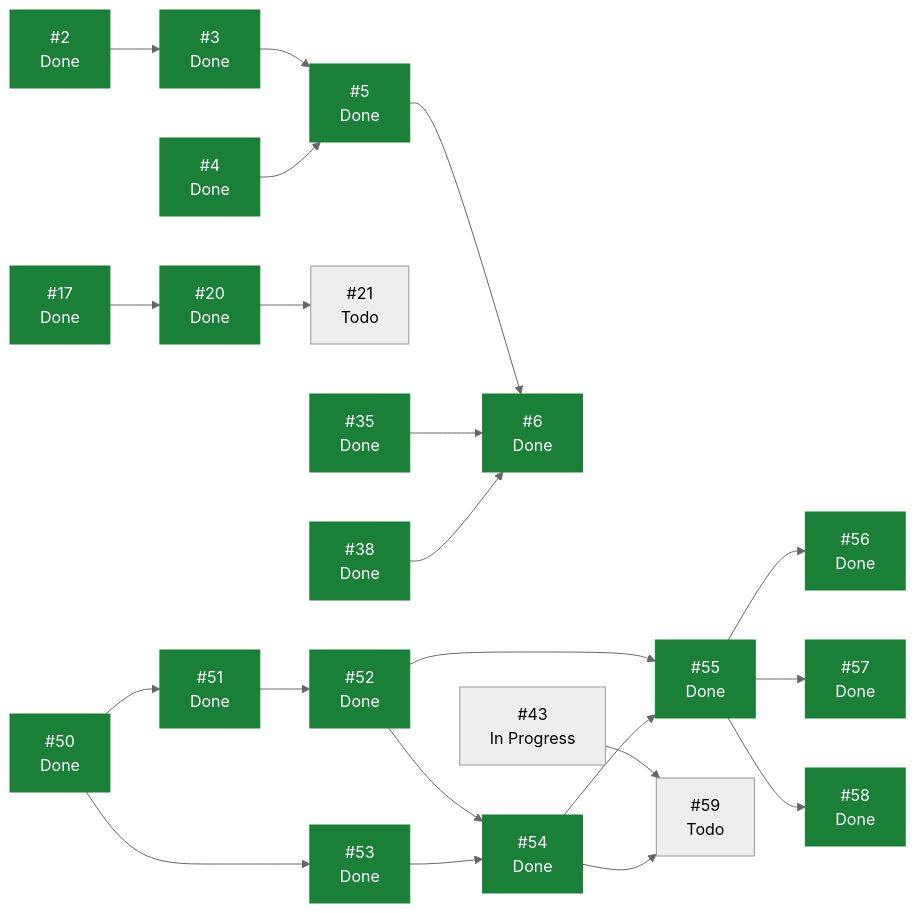
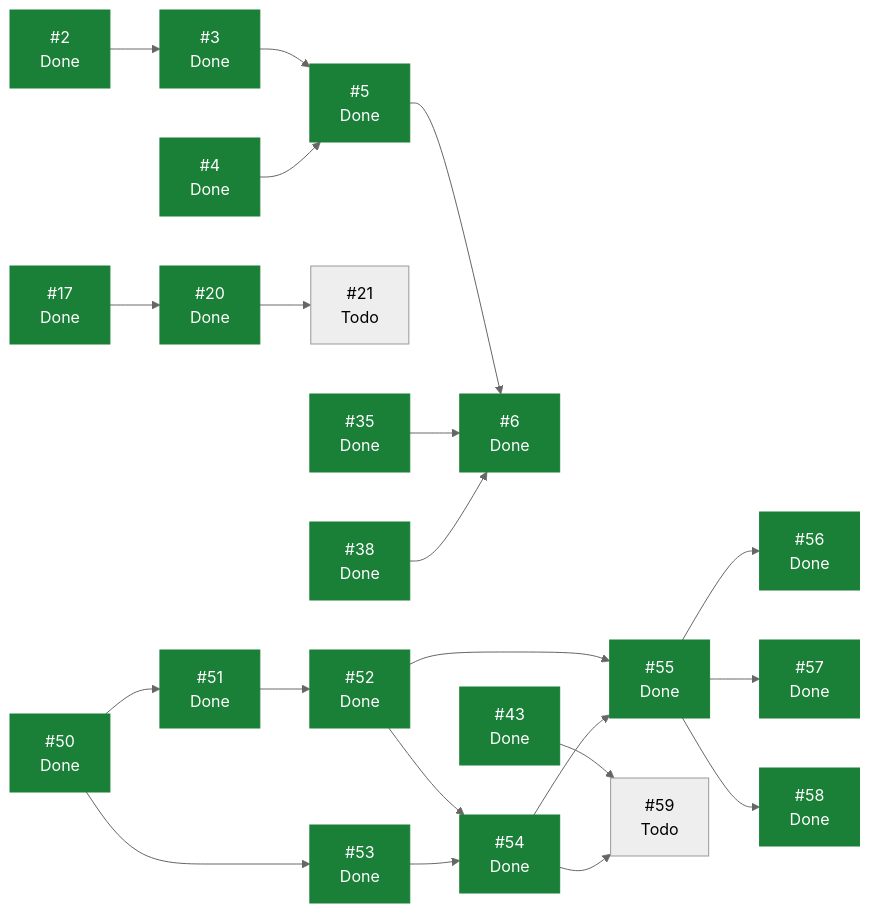
The diagram in docs/planning/STATUS.md (ecamp0s/evault), drawn with Mermaid (neutral theme) before and after one commit. The commit also changed other lines of this file, not shown here.

````diff
--- a/docs/planning/STATUS.md
+++ b/docs/planning/STATUS.md
@@ -88,46 +88,46 @@
 ```mermaid
 graph LR
   I2["#2<br/>Done"]
   I3["#3<br/>Done"]
   I4["#4<br/>Done"]
   I5["#5<br/>Done"]
   I6["#6<br/>Done"]
   I17["#17<br/>Done"]
   I20["#20<br/>Done"]
   I21["#21<br/>Todo"]
   I35["#35<br/>Done"]
   I38["#38<br/>Done"]
-  I43["#43<br/>In Progress"]
+  I43["#43<br/>Done"]
   I50["#50<br/>Done"]
   I51["#51<br/>Done"]
   I52["#52<br/>Done"]
   I53["#53<br/>Done"]
   I54["#54<br/>Done"]
   I55["#55<br/>Done"]
   I56["#56<br/>Done"]
   I57["#57<br/>Done"]
   I58["#58<br/>Done"]
   I59["#59<br/>Todo"]
   I2 --> I3
   I3 --> I5
   I4 --> I5
   I5 --> I6
   I17 --> I20
   I20 --> I21
   I35 --> I6
   I38 --> I6
   I43 --> I59
   I50 --> I51
   I50 --> I53
   I51 --> I52
   I52 --> I54
   I52 --> I55
   I53 --> I54
   I54 --> I55
   I54 --> I59
   I55 --> I56
   I55 --> I57
   I55 --> I58
   classDef hecho fill:#1a7f37,stroke:#1a7f37,color:#fff;
-  class I2,I3,I4,I5,I6,I17,I20,I35,I38,I50,I51,I52,I53,I54,I55,I56,I57,I58 hecho;
+  class I2,I3,I4,I5,I6,I17,I20,I35,I38,I43,I50,I51,I52,I53,I54,I55,I56,I57,I58 hecho;
 ```
````
